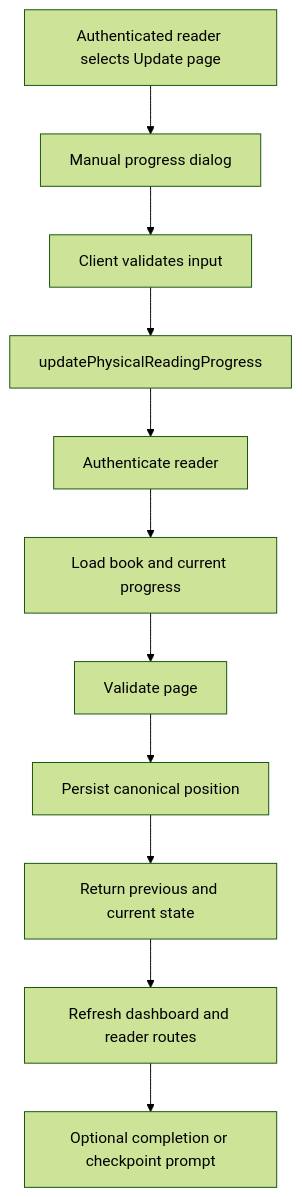
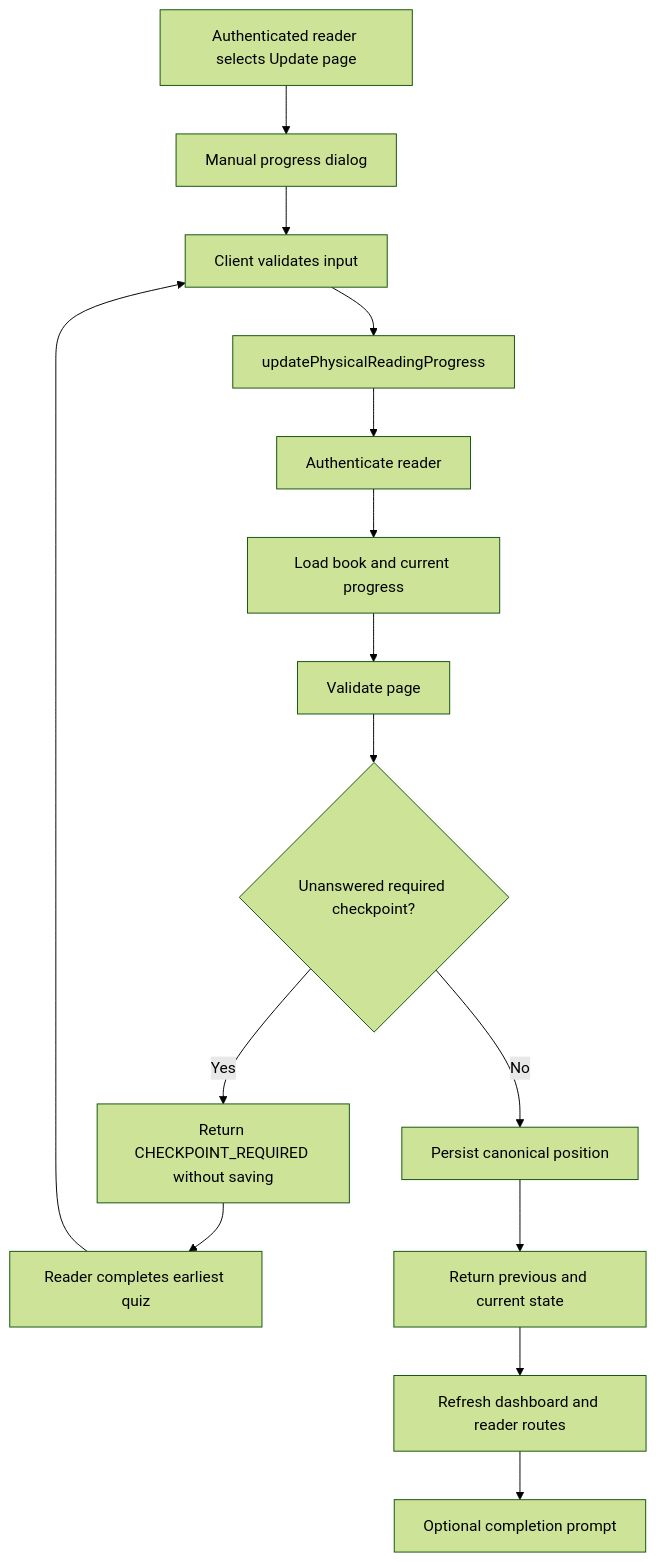
Before and after one commit to MWS-MAD-Labs/reading-buddy: the diagram in docs/features/OFFLINE_READING_PROGRESS_SYNC.md, drawn with Mermaid (forest theme). The commit also changed other lines of this file and 8 other files, not shown here.

````diff
--- a/docs/features/OFFLINE_READING_PROGRESS_SYNC.md
+++ b/docs/features/OFFLINE_READING_PROGRESS_SYNC.md
@@ -167,13 +175,17 @@
 ```mermaid
 flowchart TD
     A[Authenticated reader selects Update page] --> B[Manual progress dialog]
     B --> C[Client validates input]
     C --> D[updatePhysicalReadingProgress]
     D --> E[Authenticate reader]
     E --> F[Load book and current progress]
     F --> G[Validate page]
-    G --> H[Persist canonical position]
-    H --> I[Return previous and current state]
-    I --> J[Refresh dashboard and reader routes]
-    J --> K[Optional completion or checkpoint prompt]
+    G --> H{Unanswered required checkpoint?}
+    H -->|Yes| I[Return CHECKPOINT_REQUIRED without saving]
+    I --> J[Reader completes earliest quiz]
+    J --> C
+    H -->|No| K[Persist canonical position]
+    K --> L[Return previous and current state]
+    L --> M[Refresh dashboard and reader routes]
+    M --> N[Optional completion prompt]
 ```
````
